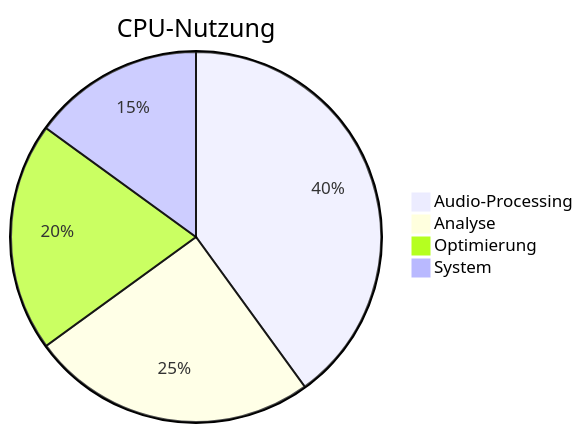
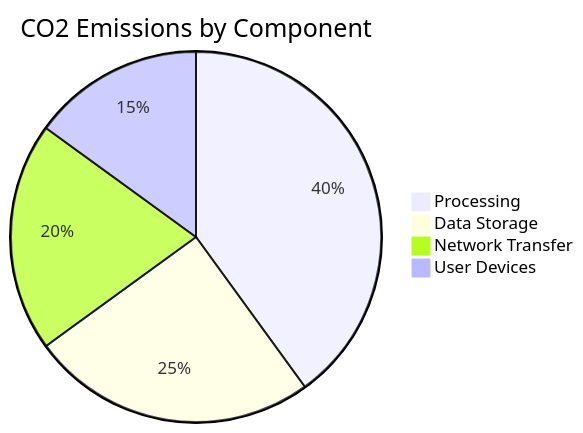
Diagram 14 of 14 in README.md (statesflowwishes-sketch/4a3C5u2S7T1i3C), drawn with Mermaid before and after one commit. The commit also changed other lines of this file and 7 other files, not shown here.

````diff
--- a/README.md
+++ b/README.md
@@ -197,7 +910,7 @@
 ```mermaid
-pie title CPU-Nutzung
-    "Audio-Processing" : 40
-    "Analyse" : 25
-    "Optimierung" : 20
-    "System" : 15
+pie title CO2 Emissions by Component
+    "Processing" : 40
+    "Data Storage" : 25
+    "Network Transfer" : 20
+    "User Devices" : 15
 ```
````
